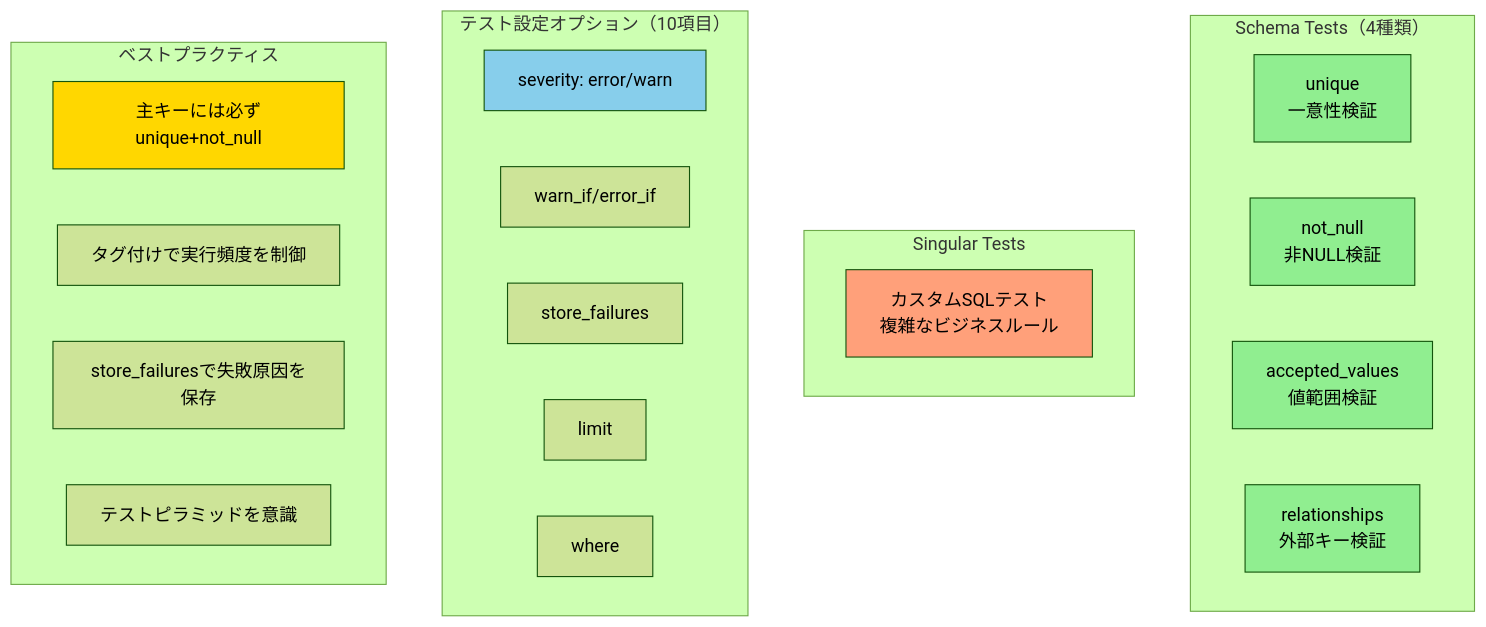
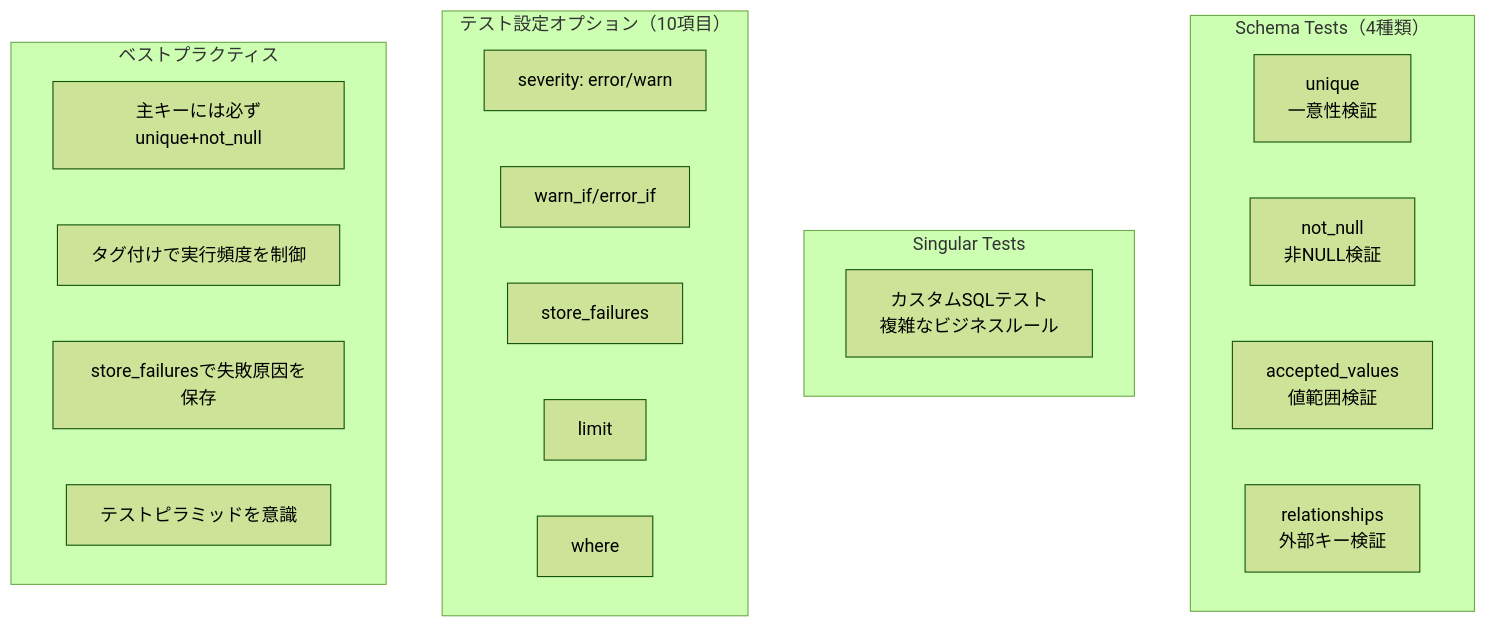
The eighth of 8 diagrams in content/Tech/dbt/categories/testing-config.md (1210yuichi0/1210yuichi0.github.io), drawn with Mermaid (forest theme) before and after one commit. The commit also changed other lines of this file and 22 other files, not shown here.

First line of the commit message:
style: remove Mermaid style directives for dark mode compatibility

````diff
--- a/content/Tech/dbt/categories/testing-config.md
+++ b/content/Tech/dbt/categories/testing-config.md
@@ -1551,36 +1526,29 @@
 ```mermaid
 flowchart TB
     subgraph "Schema Tests（4種類）"
         ST1[unique<br/>一意性検証]
         ST2[not_null<br/>非NULL検証]
         ST3[accepted_values<br/>値範囲検証]
         ST4[relationships<br/>外部キー検証]
     end
 
     subgraph "Singular Tests"
         STest[カスタムSQLテスト<br/>複雑なビジネスルール]
     end
 
     subgraph "テスト設定オプション（10項目）"
         Opt1[severity: error/warn]
         Opt2[warn_if/error_if]
         Opt3[store_failures]
         Opt4[limit]
         Opt5[where]
     end
 
     subgraph "ベストプラクティス"
         BP1[主キーには必ずunique+not_null]
         BP2[タグ付けで実行頻度を制御]
         BP3[store_failuresで失敗原因を保存]
         BP4[テストピラミッドを意識]
     end
 
-    style ST1 fill:#90EE90
-    style ST2 fill:#90EE90
-    style ST3 fill:#90EE90
-    style ST4 fill:#90EE90
-    style STest fill:#FFA07A
-    style Opt1 fill:#87CEEB
-    style BP1 fill:#FFD700
 ```
````
